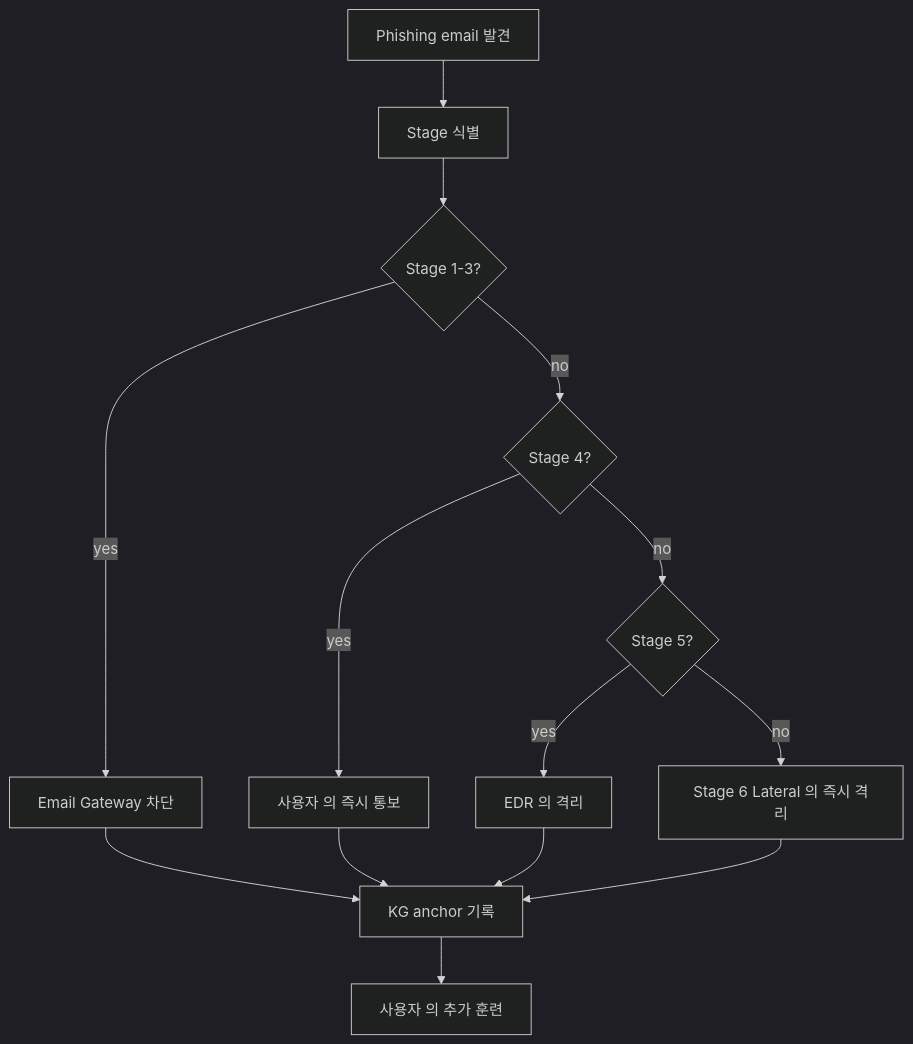
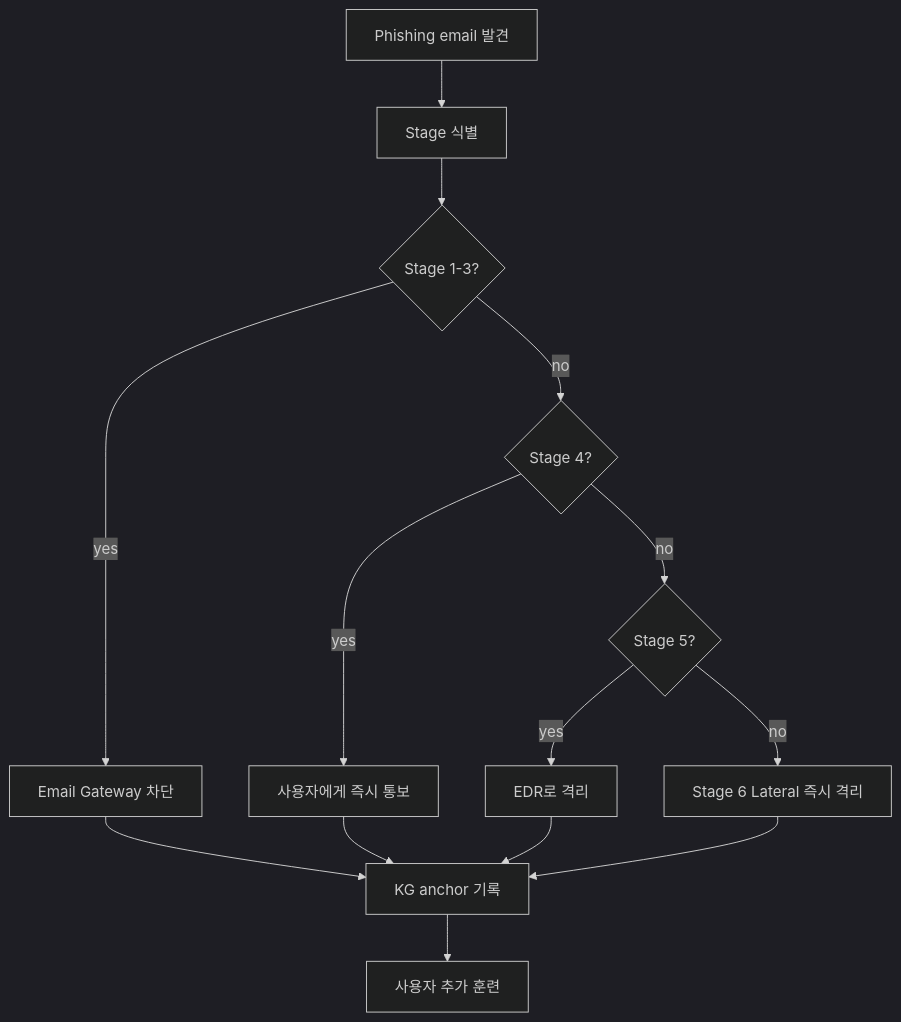
One commit to mrgrit/ccc changed the first of 3 diagrams in contents/standalone/lecture/aisec/week15.md. Above: the diagram before and after it, drawn with Mermaid (dark theme). The commit also changed other lines of this file and 14 other files, not shown here.

````diff
--- a/contents/standalone/lecture/aisec/week15.md
+++ b/contents/standalone/lecture/aisec/week15.md
@@ -111,16 +206,16 @@
 ```mermaid
 flowchart TB
     A[Phishing email 발견] --> B[Stage 식별]
     B --> C{Stage 1-3?}
     C -- yes --> D[Email Gateway 차단]
     C -- no --> E{Stage 4?}
-    E -- yes --> F[사용자 의 즉시 통보]
+    E -- yes --> F[사용자에게 즉시 통보]
     E -- no --> G{Stage 5?}
-    G -- yes --> H[EDR 의 격리]
-    G -- no --> I[Stage 6 Lateral 의 즉시 격리]
+    G -- yes --> H[EDR로 격리]
+    G -- no --> I[Stage 6 Lateral 즉시 격리]
     D --> J[KG anchor 기록]
     F --> J
     H --> J
     I --> J
-    J --> K[사용자 의 추가 훈련]
+    J --> K[사용자 추가 훈련]
 ```
````
